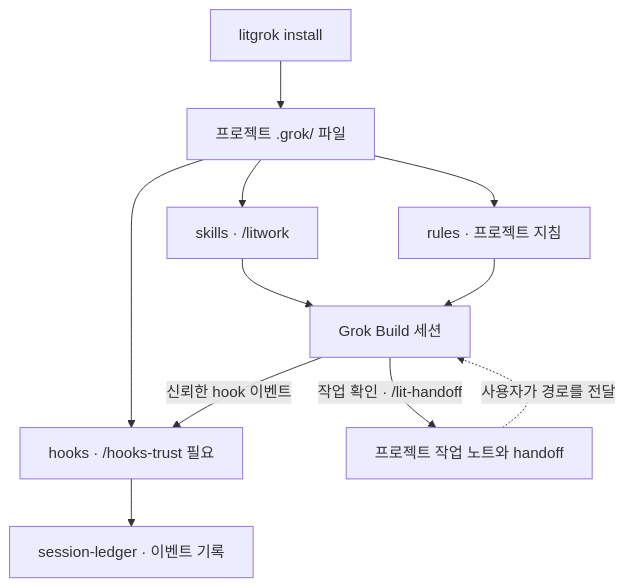
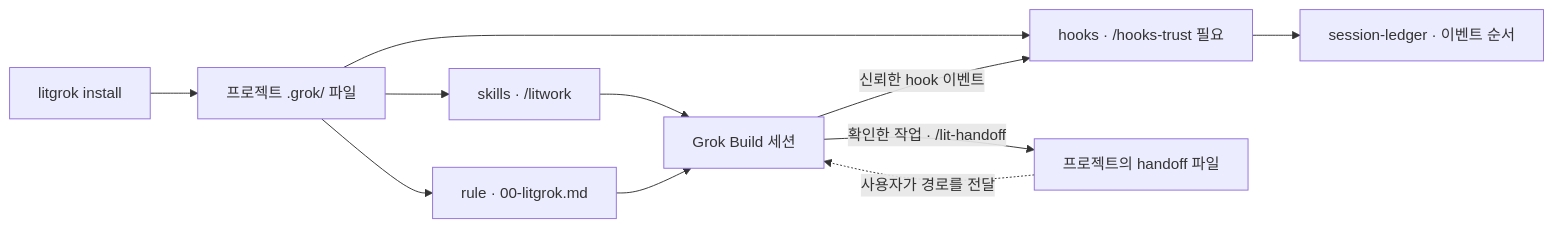
Before and after one commit to wjgoarxiv/litgrok: the diagram in README_ko-KR.md, drawn with Mermaid. The commit also changed other lines of this file and 9 other files, not shown here.

````diff
--- a/README_ko-KR.md
+++ b/README_ko-KR.md
@@ -231,13 +393,13 @@
 ```mermaid
-flowchart TD
+flowchart LR
     I["litgrok install"] --> P["프로젝트 .grok/ 파일"]
     P --> S["skills · /litwork"]
-    P --> R["rules · 프로젝트 지침"]
+    P --> R["rule · 00-litgrok.md"]
     P --> H["hooks · /hooks-trust 필요"]
     S --> G["Grok Build 세션"]
     R --> G
     G -->|신뢰한 hook 이벤트| H
-    H --> L["session-ledger · 이벤트 기록"]
-    G -->|작업 확인 · /lit-handoff| N["프로젝트 작업 노트와 handoff"]
+    H --> L["session-ledger · 이벤트 순서"]
+    G -->|확인한 작업 · /lit-handoff| N["프로젝트의 handoff 파일"]
     N -.->|사용자가 경로를 전달| G
 ```
````
